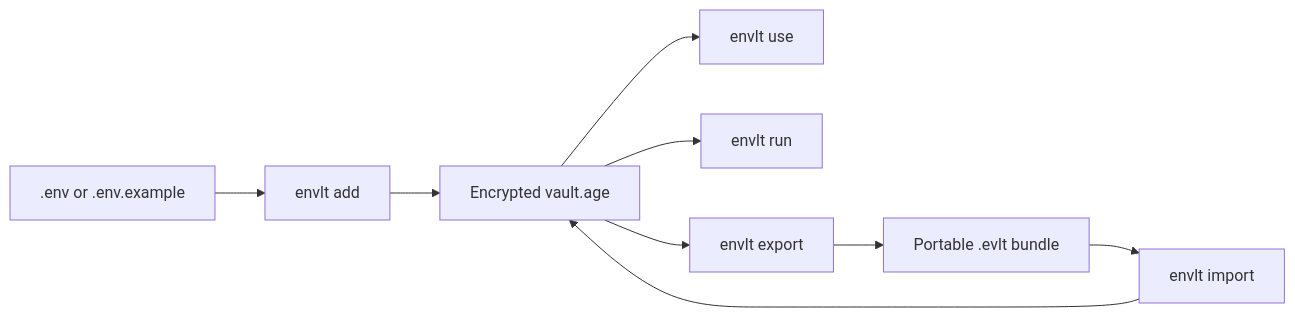
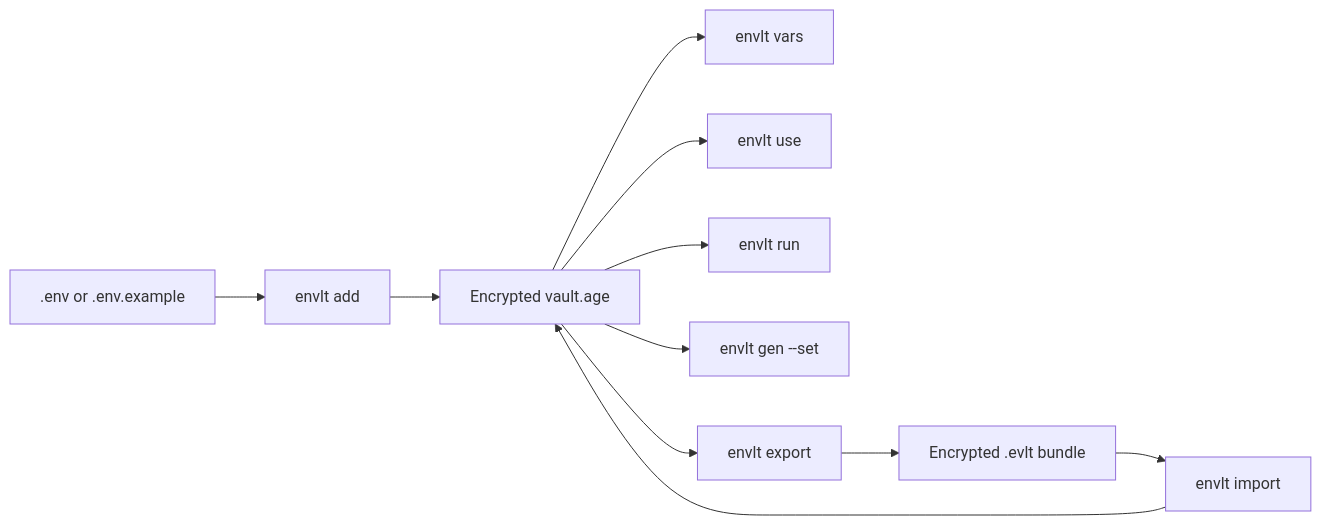
The diagram in README.md (obsidia-systems/envlt), drawn with Mermaid before and after one commit. The commit also changed other lines of this file and 1 other file, not shown here.

````diff
--- a/README.md
+++ b/README.md
@@ -64,11 +108,13 @@
 ```mermaid
 flowchart LR
     A[.env or .env.example] --> B[envlt add]
     B --> C[Encrypted vault.age]
-    C --> D[envlt use]
-    C --> E[envlt run]
-    C --> F[envlt export]
-    F --> G[Portable .evlt bundle]
-    G --> H[envlt import]
-    H --> C
+    C --> D[envlt vars]
+    C --> E[envlt use]
+    C --> F[envlt run]
+    C --> G[envlt gen --set]
+    C --> H[envlt export]
+    H --> I[Encrypted .evlt bundle]
+    I --> J[envlt import]
+    J --> C
 ```
````
